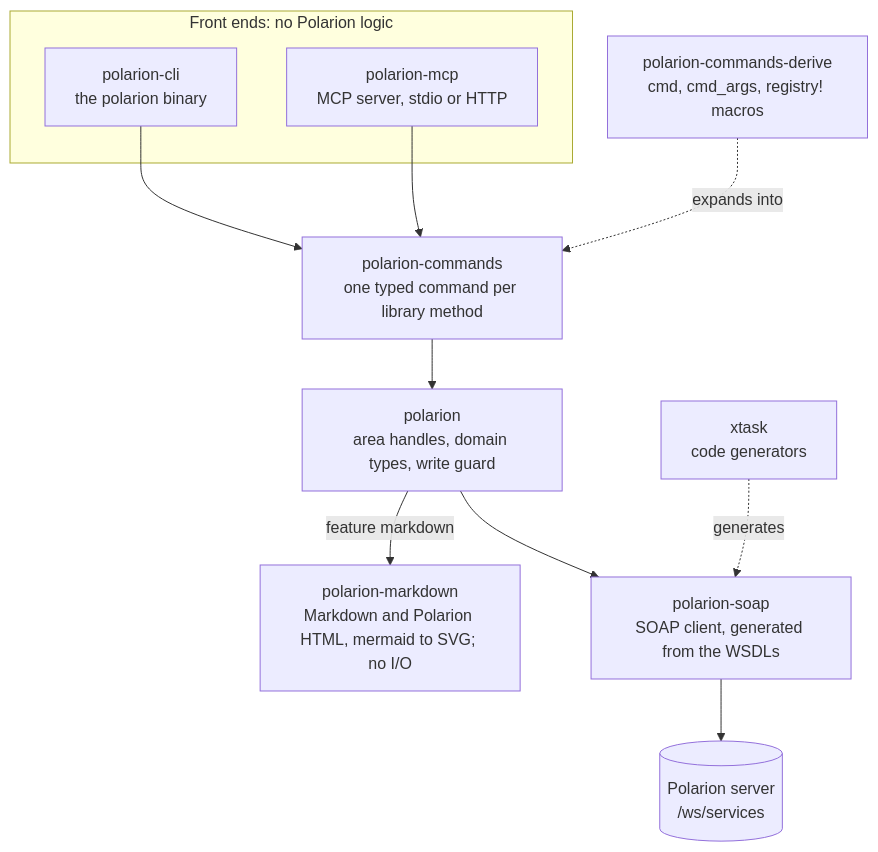
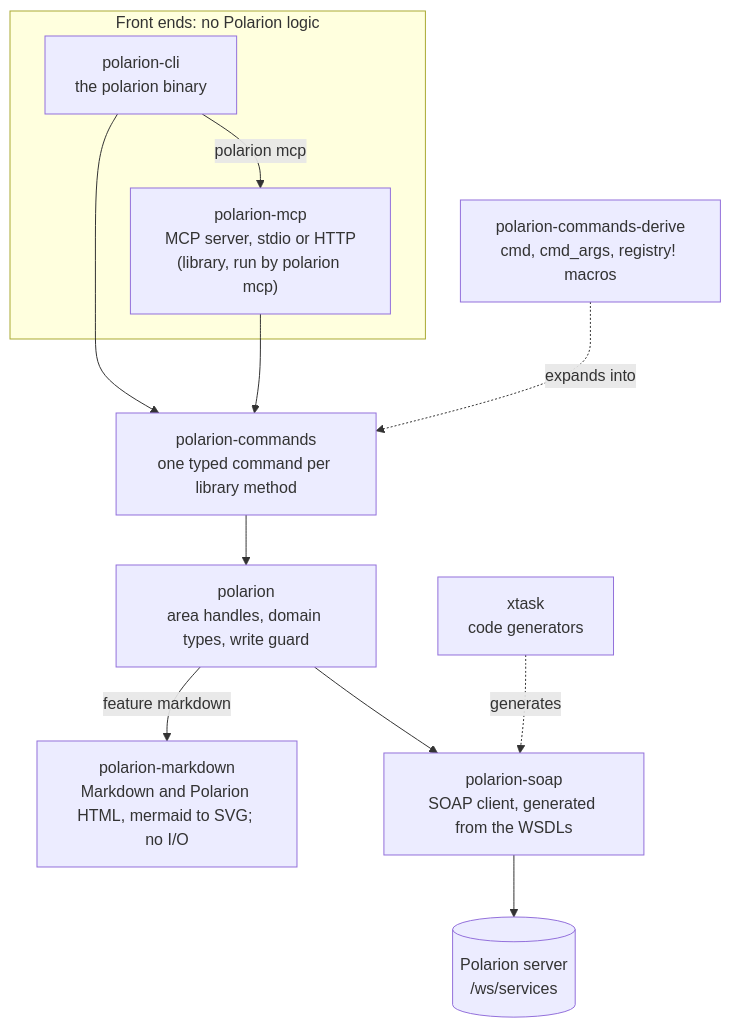
The first of 2 diagrams in docs/architecture.md (KevinGliewe/Polarion-rs), drawn with Mermaid before and after one commit. The commit also changed other lines of this file and 40 other files, not shown here.

First line of the commit message:
One binary: the MCP server is `polarion mcp`; releases ship bare executables

````diff
--- a/docs/architecture.md
+++ b/docs/architecture.md
@@ -5,23 +5,24 @@
 ```mermaid
 flowchart TB
     subgraph front["Front ends: no Polarion logic"]
         cli["polarion-cli<br/>the polarion binary"]
-        mcp["polarion-mcp<br/>MCP server, stdio or HTTP"]
+        mcp["polarion-mcp<br/>MCP server, stdio or HTTP<br/>(library, run by polarion mcp)"]
     end
     commands["polarion-commands<br/>one typed command per library method"]
     derive["polarion-commands-derive<br/>cmd, cmd_args, registry! macros"]
     lib["polarion<br/>area handles, domain types, write guard"]
     md["polarion-markdown<br/>Markdown and Polarion HTML, mermaid to SVG; no I/O"]
     soap["polarion-soap<br/>SOAP client, generated from the WSDLs"]
     xtask["xtask<br/>code generators"]
     server[("Polarion server<br/>/ws/services")]
 
     cli --> commands
+    cli -- "polarion mcp" --> mcp
     mcp --> commands
     derive -. "expands into" .-> commands
     commands --> lib
     lib --> soap
     lib -- "feature markdown" --> md
     soap --> server
     xtask -. "generates" .-> soap
 ```
````
